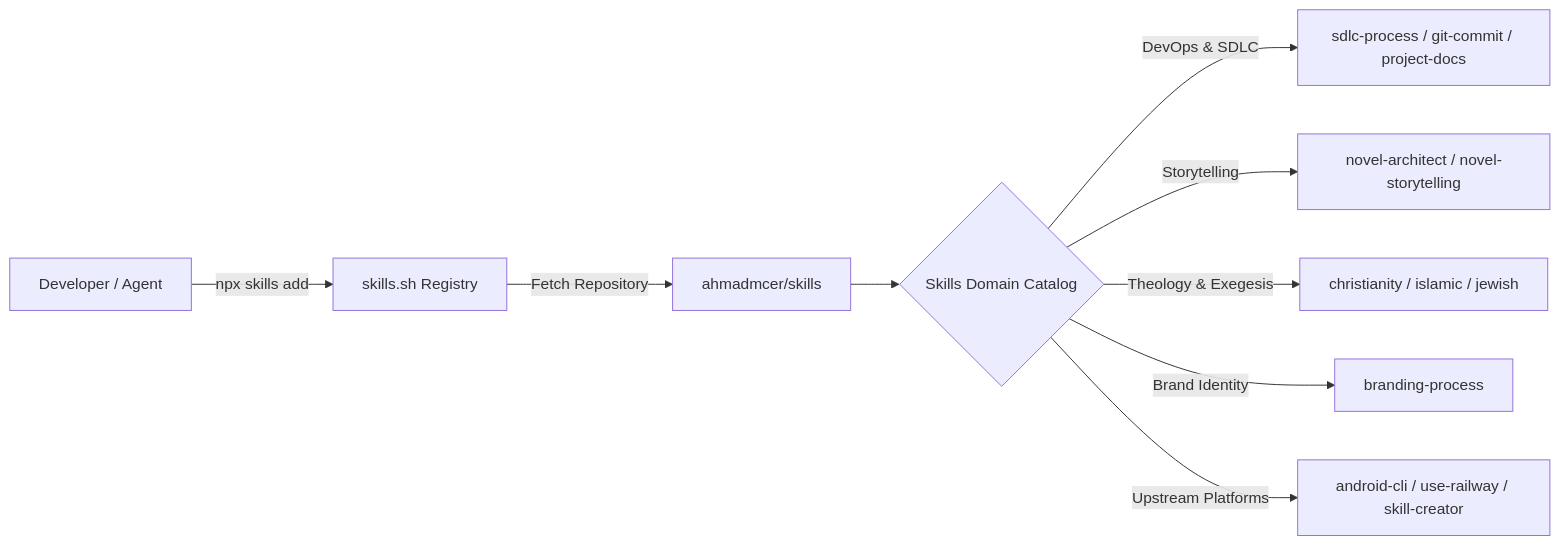
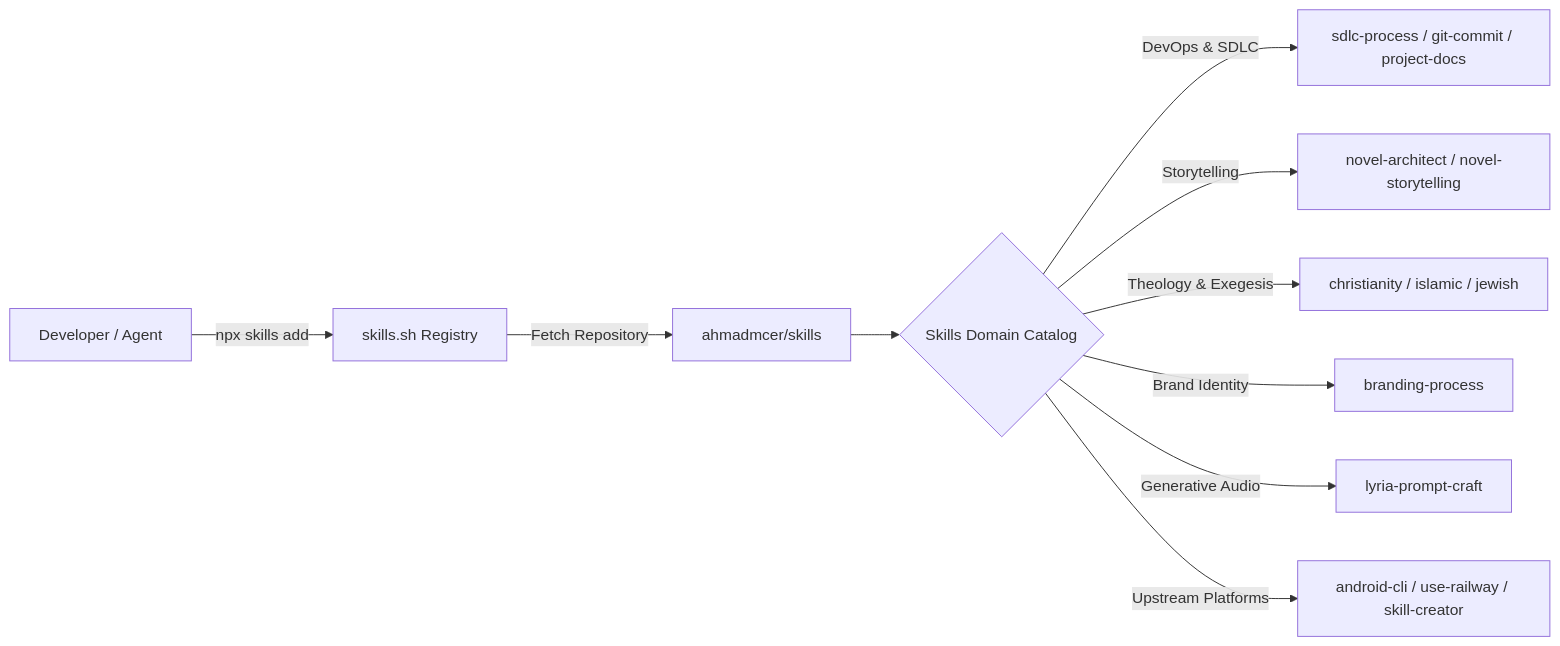
Before and after one commit to ahmadmcer/skills: the diagram in README.md, drawn with Mermaid. The commit also changed other lines of this file and 11 other files, not shown here.

First line of the commit message:
feat(lyria-prompt-craft): add Google Lyria 3.5 prompt craft skill

````diff
--- a/README.md
+++ b/README.md
@@ -17,11 +17,12 @@
 ```mermaid
 flowchart LR
     A["Developer / Agent"] -->|npx skills add| B["skills.sh Registry"]
     B -->|Fetch Repository| C["ahmadmcer/skills"]
     C --> D{"Skills Domain Catalog"}
     D -->|DevOps & SDLC| E["sdlc-process / git-commit / project-docs"]
     D -->|Storytelling| F["novel-architect / novel-storytelling"]
     D -->|Theology & Exegesis| G["christianity / islamic / jewish"]
     D -->|Brand Identity| H["branding-process"]
-    D -->|Upstream Platforms| I["android-cli / use-railway / skill-creator"]
+    D -->|Generative Audio| I["lyria-prompt-craft"]
+    D -->|Upstream Platforms| J["android-cli / use-railway / skill-creator"]
 ```
````
